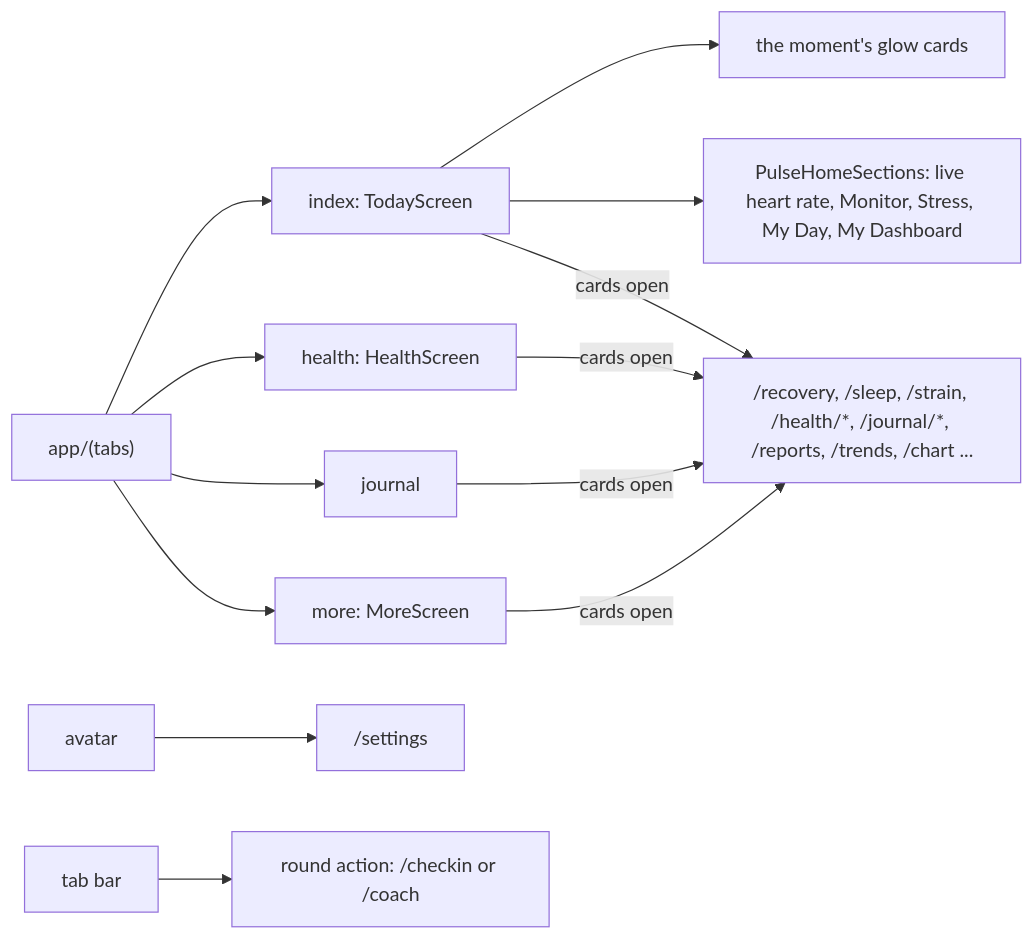
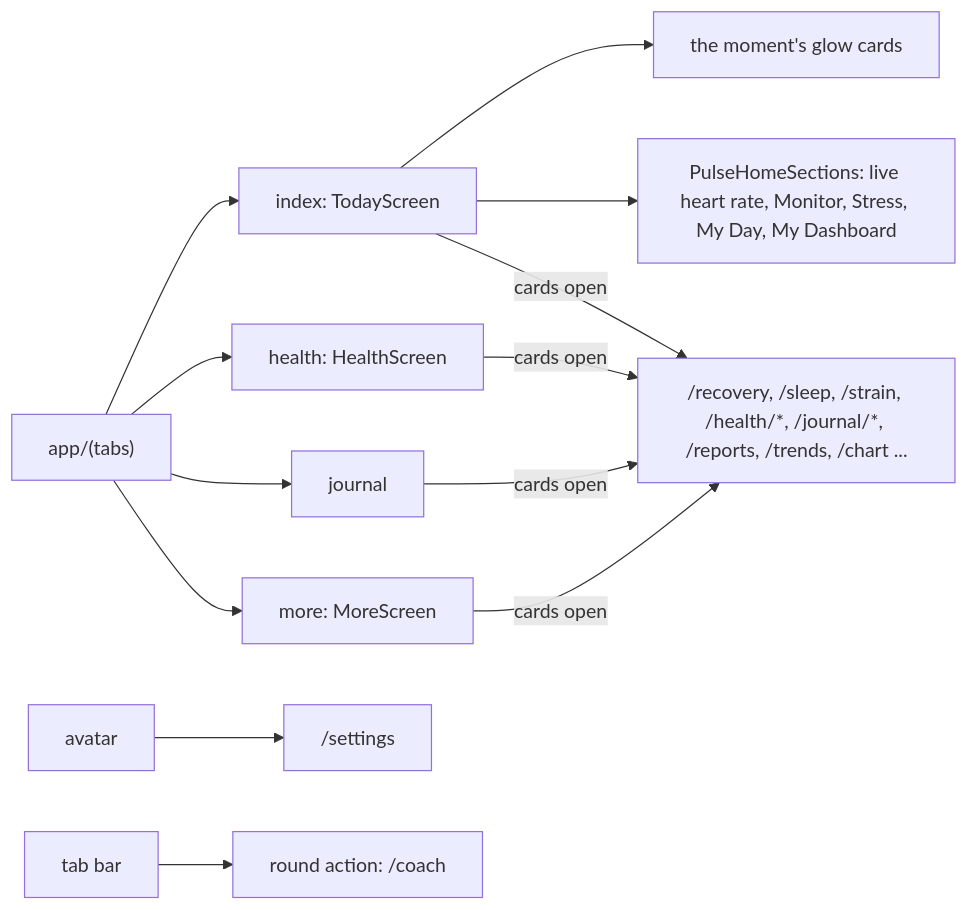
The diagram in docs/design/glow.md (hrushabhNano/fitbit-pulse-mobile), drawn with Mermaid before and after one commit. The commit also changed 3 other files, not shown here.

First line of the commit message:
fix(glow): Pulse Age in WHOOP Age type; the round action opens the coach

````diff
--- a/docs/design/glow.md
+++ b/docs/design/glow.md
@@ -24,11 +24,11 @@
 ```mermaid
 flowchart LR
   T["app/(tabs)"] --> Home["index: TodayScreen"]
   T --> H["health: HealthScreen"]
   T --> J["journal"]
   T --> M["more: MoreScreen"]
   Home --> Hero["the moment's glow cards"] & P["PulseHomeSections: live heart rate, Monitor, Stress, My Day, My Dashboard"]
   Home & H & J & M -->|"cards open"| D["/recovery, /sleep, /strain, /health/*, /journal/*, /reports, /trends, /chart ..."]
   Avatar["avatar"] --> S["/settings"]
-  Bar["tab bar"] --> C["round action: /checkin or /coach"]
+  Bar["tab bar"] --> C["round action: /coach"]
 ```
````
